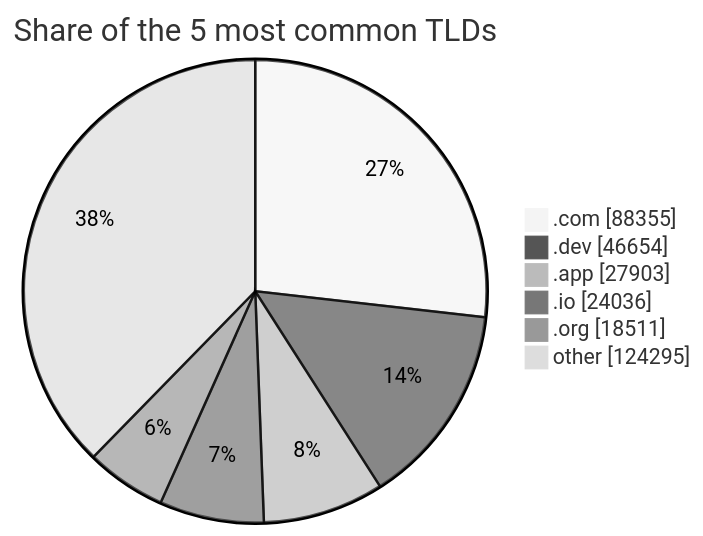
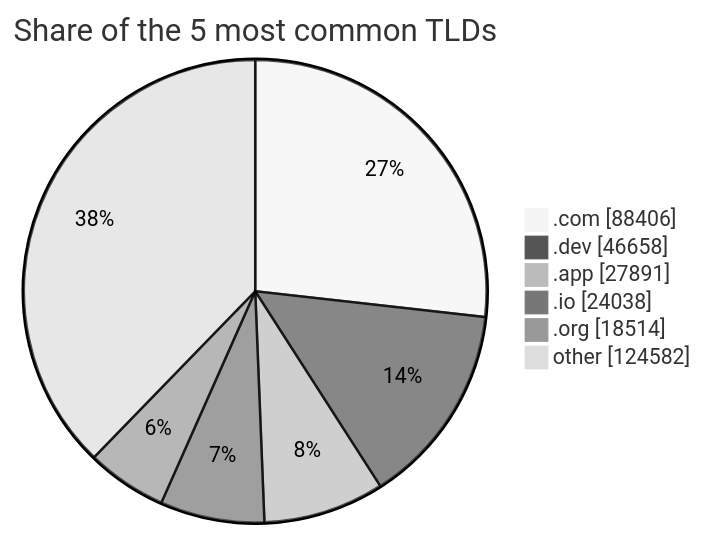
Before and after one commit to DNSBunker/CTI: the third of 3 diagrams in README.md, drawn with Mermaid (neutral theme). The commit also changed other lines of this file and 3 other files, not shown here.

````diff
--- a/README.md
+++ b/README.md
@@ -81,9 +81,9 @@
 ```mermaid
 pie showData title Share of the 5 most common TLDs
-    ".com" : 88355
-    ".dev" : 46654
-    ".app" : 27903
-    ".io" : 24036
-    ".org" : 18511
-    "other" : 124295
+    ".com" : 88406
+    ".dev" : 46658
+    ".app" : 27891
+    ".io" : 24038
+    ".org" : 18514
+    "other" : 124582
 ```
````
